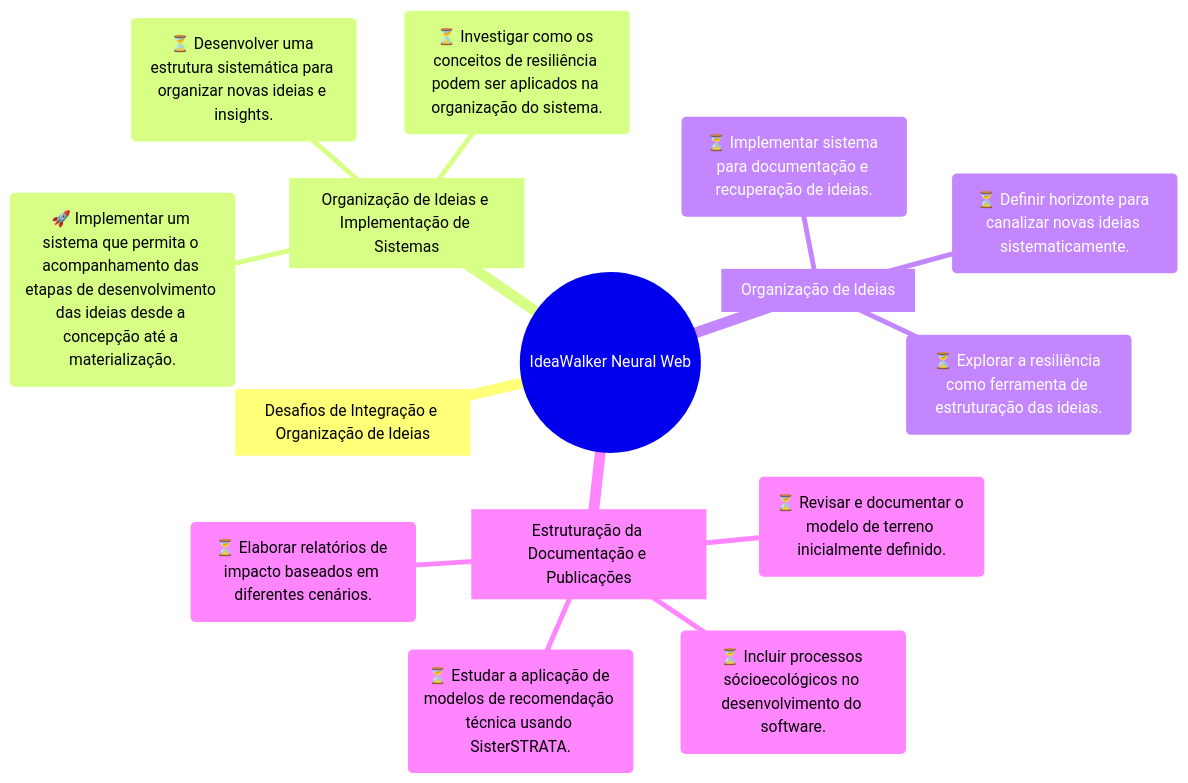
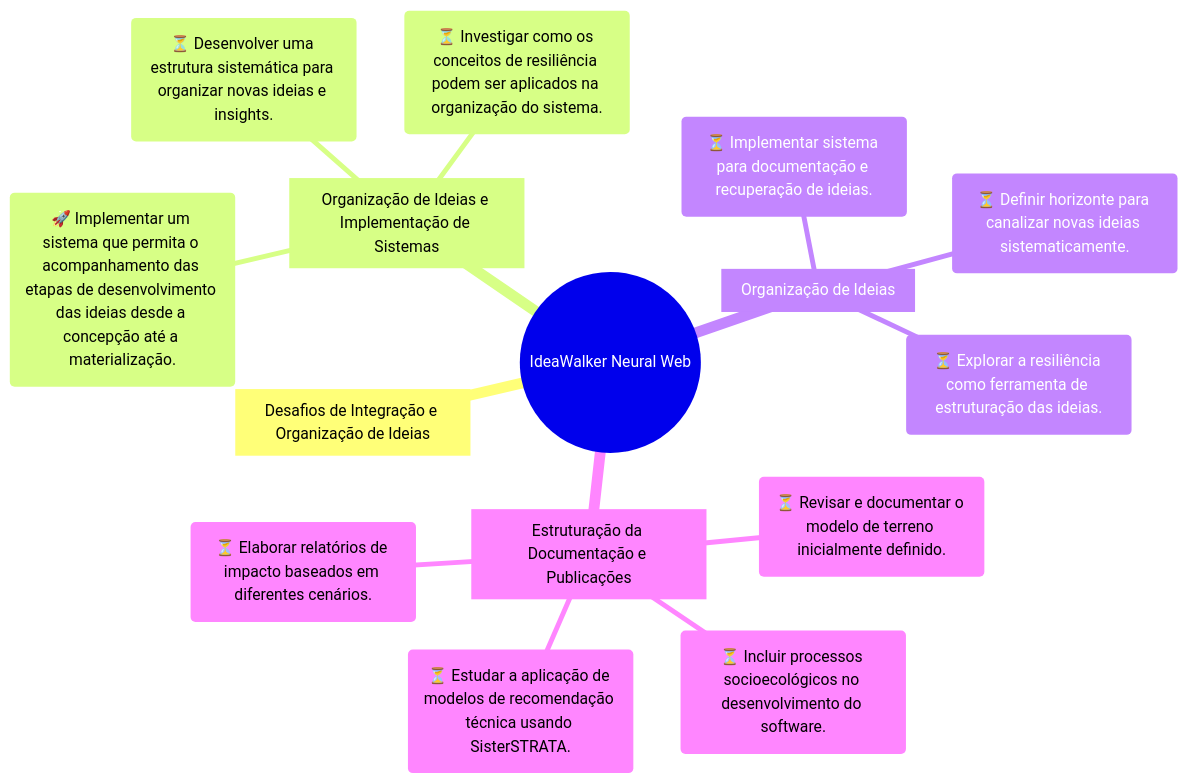
Before and after one commit to jpereiratrindade/IdeaWalker: the second of 2 diagrams in IdeaWalker Knowledge Base.md, drawn with Mermaid. The commit also changed other lines of this file and 12 other files, not shown here.

````diff
--- a/IdeaWalker Knowledge Base.md
+++ b/IdeaWalker Knowledge Base.md
@@ -20,18 +20,18 @@
 ```mermaid
 mindmap
   root((IdeaWalker Neural Web))
     node_0[Desafios de Integração e Organização de Ideias]
     node_1[Organização de Ideias e Implementação de Sistemas]
        (⏳ Desenvolver uma estrutura sistemática para organizar novas ideias e insights.) 
        (⏳ Investigar como os conceitos de resiliência podem ser aplicados na organização do sistema.) 
        (🚀 Implementar um sistema que permita o acompanhamento das etapas de desenvolvimento das ideias desde a concepção até a materialização.) 
     node_5[Organização de Ideias]
        (⏳ Implementar sistema para documentação e recuperação de ideias.) 
        (⏳ Definir horizonte para canalizar novas ideias sistematicamente.) 
        (⏳ Explorar a resiliência como ferramenta de estruturação das ideias.) 
     node_9[Estruturação da Documentação e Publicações]
        (⏳ Revisar e documentar o modelo de terreno inicialmente definido.) 
-       (⏳ Incluir processos sócioecológicos no desenvolvimento do software.) 
+       (⏳ Incluir processos socioecológicos no desenvolvimento do software.) 
        (⏳ Estudar a aplicação de modelos de recomendação técnica usando SisterSTRATA.) 
        (⏳ Elaborar relatórios de impacto baseados em diferentes cenários.) 
 ```
````
